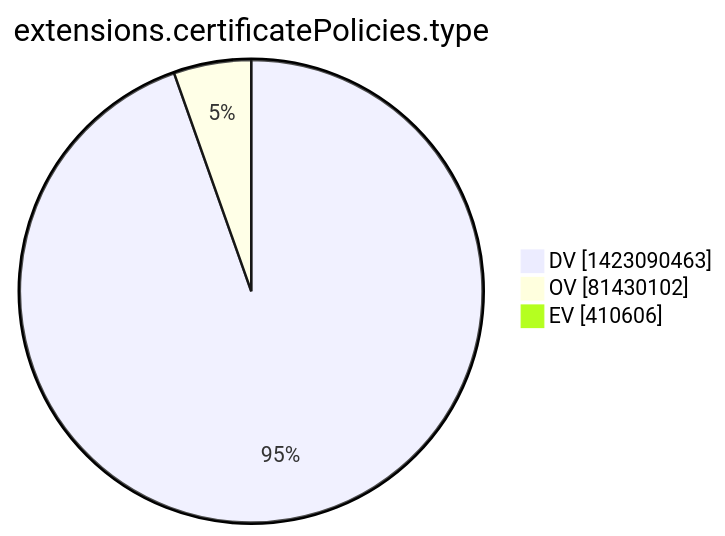
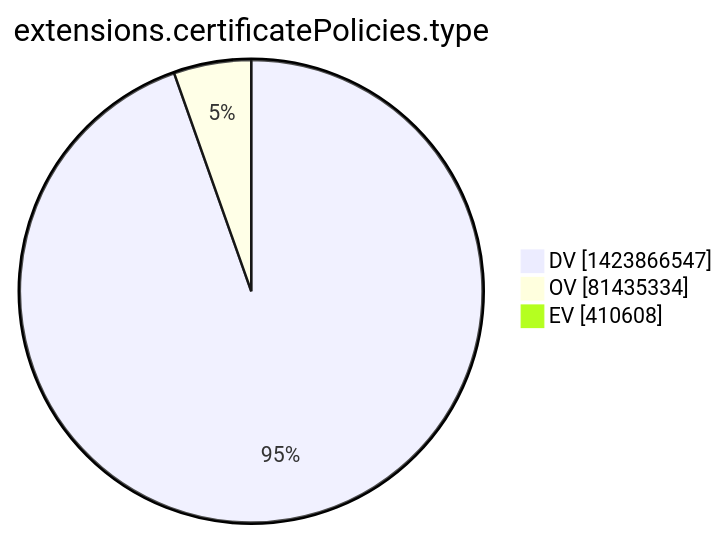
One commit to christiankrug/ctmonitor_visualization changed the tenth of 15 diagrams in xenon2022/README.md. Above: the diagram before and after it, drawn with Mermaid. The commit also changed other lines of this file, not shown here.

````diff
--- a/xenon2022/README.md
+++ b/xenon2022/README.md
@@ -2866,7 +2866,7 @@
 ```mermaid
 pie showData
 title extensions.certificatePolicies.type
-"DV" :1423090463
-"OV" :81430102
-"EV" :410606
+"DV" :1423866547
+"OV" :81435334
+"EV" :410608
 ```
````
